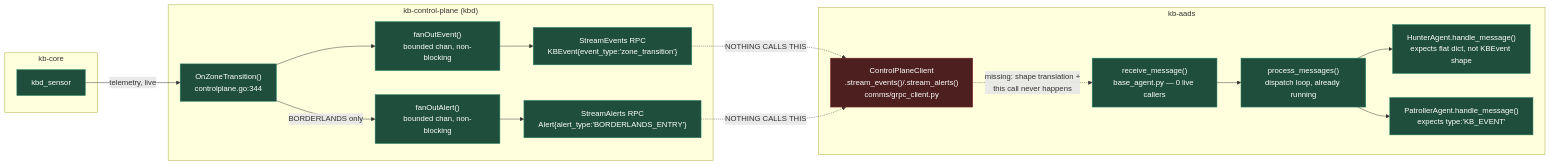
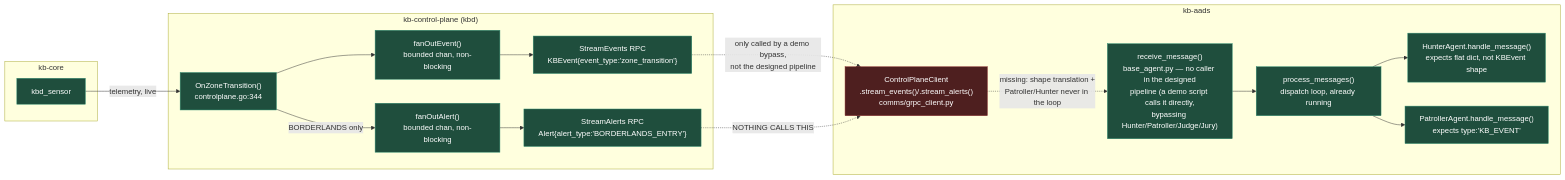
One commit to pardhuvarmax/kernel-borderlands changed the diagram in docs/development/control-aads/kb-events-swarm-ingestion-gap.md. Above: the diagram before and after it, drawn with Mermaid. The commit also changed other lines of this file and 68 other files, not shown here.

````diff
--- a/docs/development/control-aads/kb-events-swarm-ingestion-gap.md
+++ b/docs/development/control-aads/kb-events-swarm-ingestion-gap.md
@@ -16,47 +18,47 @@
 ```mermaid
 flowchart LR
     subgraph CORE["kb-core"]
         Sensor["kbd_sensor"]
     end
 
     subgraph CP["kb-control-plane (kbd)"]
         OnZone["OnZoneTransition()<br/>controlplane.go:344"]
         FanEvt["fanOutEvent()<br/>bounded chan, non-blocking"]
         FanAlert["fanOutAlert()<br/>bounded chan, non-blocking"]
         SE["StreamEvents RPC<br/>KBEvent{event_type:'zone_transition'}"]
         SA["StreamAlerts RPC<br/>Alert{alert_type:'BORDERLANDS_ENTRY'}"]
     end
 
     subgraph AADS["kb-aads"]
         CPC["ControlPlaneClient<br/>.stream_events()/.stream_alerts()<br/>comms/grpc_client.py"]
-        RM["receive_message()<br/>base_agent.py — 0 live callers"]
+        RM["receive_message()<br/>base_agent.py — no caller in the designed<br/>pipeline (a demo script calls it directly,<br/>bypassing Hunter/Patroller/Judge/Jury)"]
         PM["process_messages()<br/>dispatch loop, already running"]
         Hunter["HunterAgent.handle_message()<br/>expects flat dict, not KBEvent shape"]
         Patroller["PatrollerAgent.handle_message()<br/>expects type:'KB_EVENT'"]
     end
 
     Sensor -->|telemetry, live| OnZone
     OnZone --> FanEvt
     OnZone -->|BORDERLANDS only| FanAlert
     FanEvt --> SE
     FanAlert --> SA
 
-    SE -.->|"NOTHING CALLS THIS"| CPC
+    SE -.->|"only called by a demo bypass,<br/>not the designed pipeline"| CPC
     SA -.->|"NOTHING CALLS THIS"| CPC
-    CPC -.->|missing: shape translation +<br/>this call never happens| RM
+    CPC -.->|missing: shape translation +<br/>Patroller/Hunter never in the loop| RM
     RM --> PM
     PM --> Hunter
     PM --> Patroller
 
     style Sensor fill:#1f4e3d,stroke:#2e8b6f,color:#fff
     style OnZone fill:#1f4e3d,stroke:#2e8b6f,color:#fff
     style FanEvt fill:#1f4e3d,stroke:#2e8b6f,color:#fff
     style FanAlert fill:#1f4e3d,stroke:#2e8b6f,color:#fff
     style SE fill:#1f4e3d,stroke:#2e8b6f,color:#fff
     style SA fill:#1f4e3d,stroke:#2e8b6f,color:#fff
     style RM fill:#1f4e3d,stroke:#2e8b6f,color:#fff
     style PM fill:#1f4e3d,stroke:#2e8b6f,color:#fff
     style Hunter fill:#1f4e3d,stroke:#2e8b6f,color:#fff
     style Patroller fill:#1f4e3d,stroke:#2e8b6f,color:#fff
     style CPC fill:#4e1f1f,stroke:#8b2e2e,color:#fff
 ```
````
